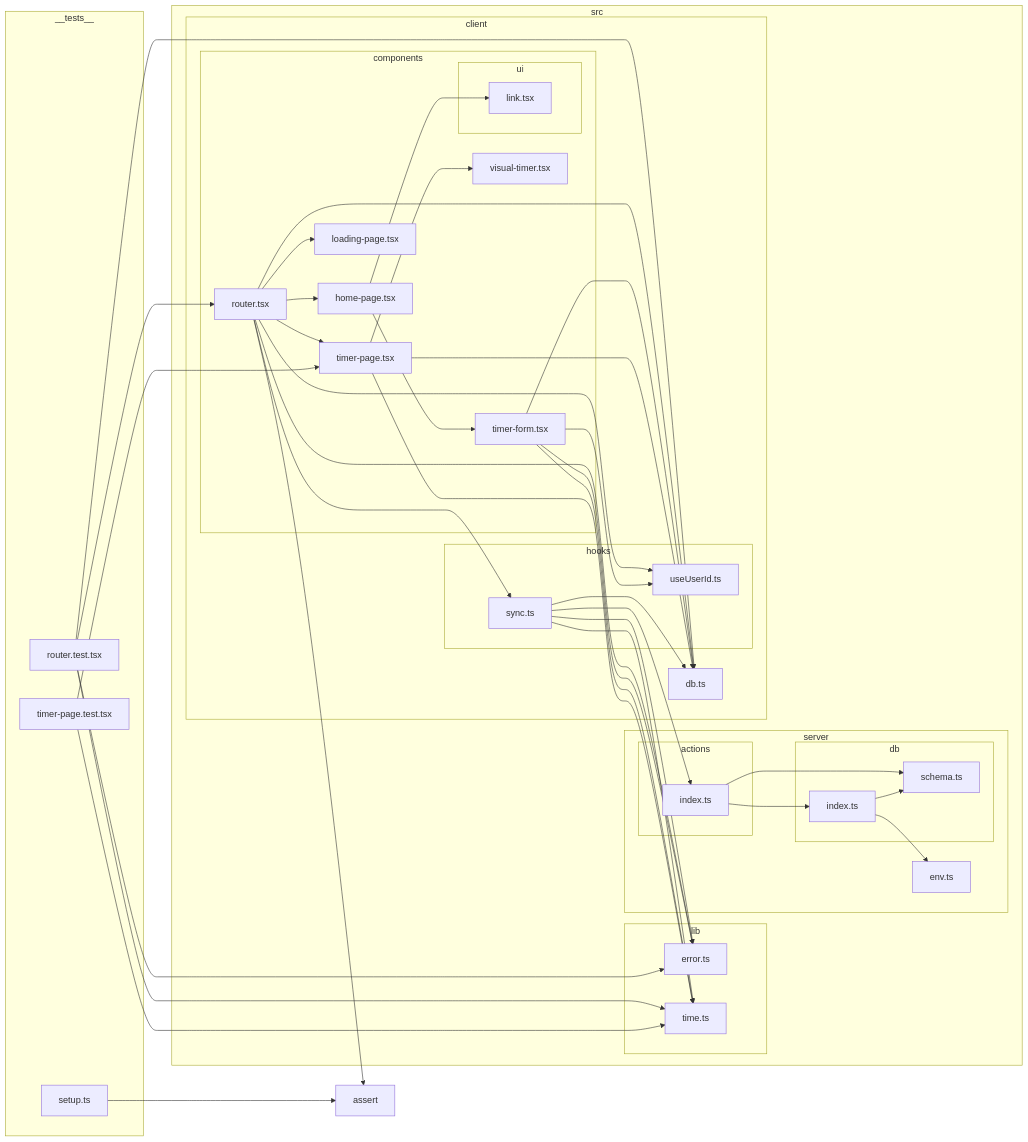
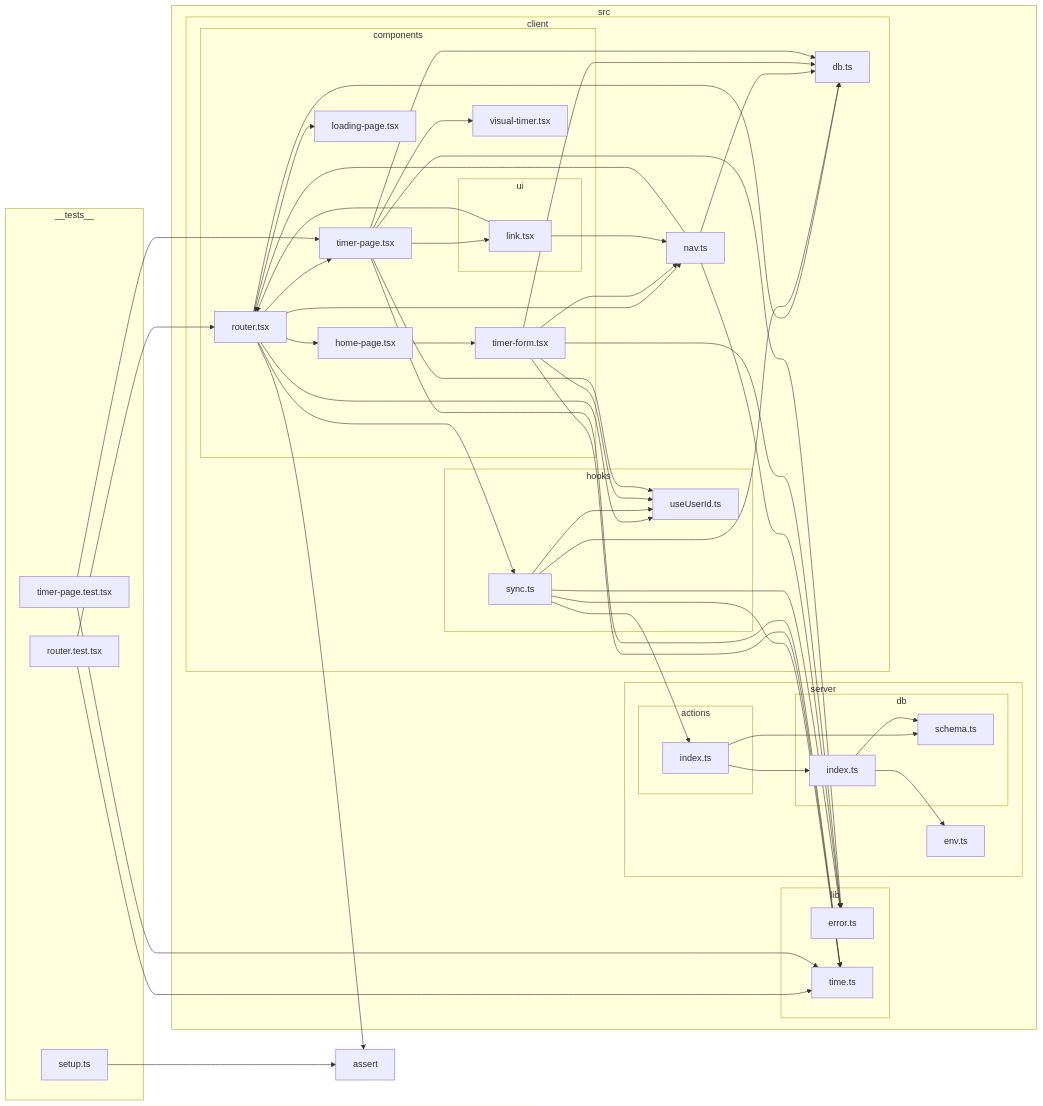
Before and after one commit to axolotl-logic/work-time: the diagram in reports/dependency-graph.mmd, drawn with Mermaid. The commit also changed 2 other files, not shown here.

Commit message:
Commit from GitHub Actions (DepCruiser)

```diff
--- a/reports/dependency-graph.mmd
+++ b/reports/dependency-graph.mmd
@@ -1,74 +1,82 @@
 flowchart LR
 
 subgraph 0["__tests__"]
 1["router.test.tsx"]
-S["setup.ts"]
-T["timer-page.test.tsx"]
+T["setup.ts"]
+U["timer-page.test.tsx"]
 end
 subgraph 2["src"]
 subgraph 3["client"]
 subgraph 4["components"]
 5["router.tsx"]
-L["home-page.tsx"]
-M["timer-form.tsx"]
-subgraph N["ui"]
-O["link.tsx"]
+M["home-page.tsx"]
+N["timer-form.tsx"]
+O["loading-page.tsx"]
+P["timer-page.tsx"]
+subgraph Q["ui"]
+R["link.tsx"]
 end
-P["loading-page.tsx"]
-Q["timer-page.tsx"]
-R["visual-timer.tsx"]
+S["visual-timer.tsx"]
 end
 subgraph 7["hooks"]
 8["sync.ts"]
-K["useUserId.ts"]
+9["useUserId.ts"]
 end
-9["db.ts"]
+A["db.ts"]
+L["nav.ts"]
 end
-subgraph A["lib"]
-B["error.ts"]
-C["time.ts"]
+subgraph B["lib"]
+C["error.ts"]
+D["time.ts"]
 end
-subgraph D["server"]
-subgraph E["actions"]
-F["index.ts"]
+subgraph E["server"]
+subgraph F["actions"]
+G["index.ts"]
 end
-subgraph G["db"]
-H["schema.ts"]
-I["index.ts"]
+subgraph H["db"]
+I["schema.ts"]
+J["index.ts"]
 end
-J["env.ts"]
+K["env.ts"]
 end
 end
 6["assert"]
 1-->5
-1-->9
-1-->B
-1-->C
+1-->D
 5-->8
-5-->K
+5-->9
 5-->L
+5-->M
+5-->O
 5-->P
-5-->Q
-5-->9
-5-->B
+5-->A
 5-->6
 8-->9
-8-->B
+8-->A
 8-->C
-8-->F
-F-->H
-F-->I
-I-->H
-I-->J
-L-->M
-L-->O
-M-->9
-M-->K
-M-->B
-M-->C
-Q-->R
-Q-->9
-Q-->C
-S-->6
-T-->Q
-T-->C
+8-->D
+8-->G
+G-->I
+G-->J
+J-->I
+J-->K
+L-->5
+L-->A
+L-->C
+M-->N
+N-->L
+N-->A
+N-->9
+N-->C
+N-->D
+P-->A
+P-->9
+P-->R
+P-->S
+P-->C
+P-->D
+R-->5
+R-->L
+T-->6
+U-->P
+U-->D
```
